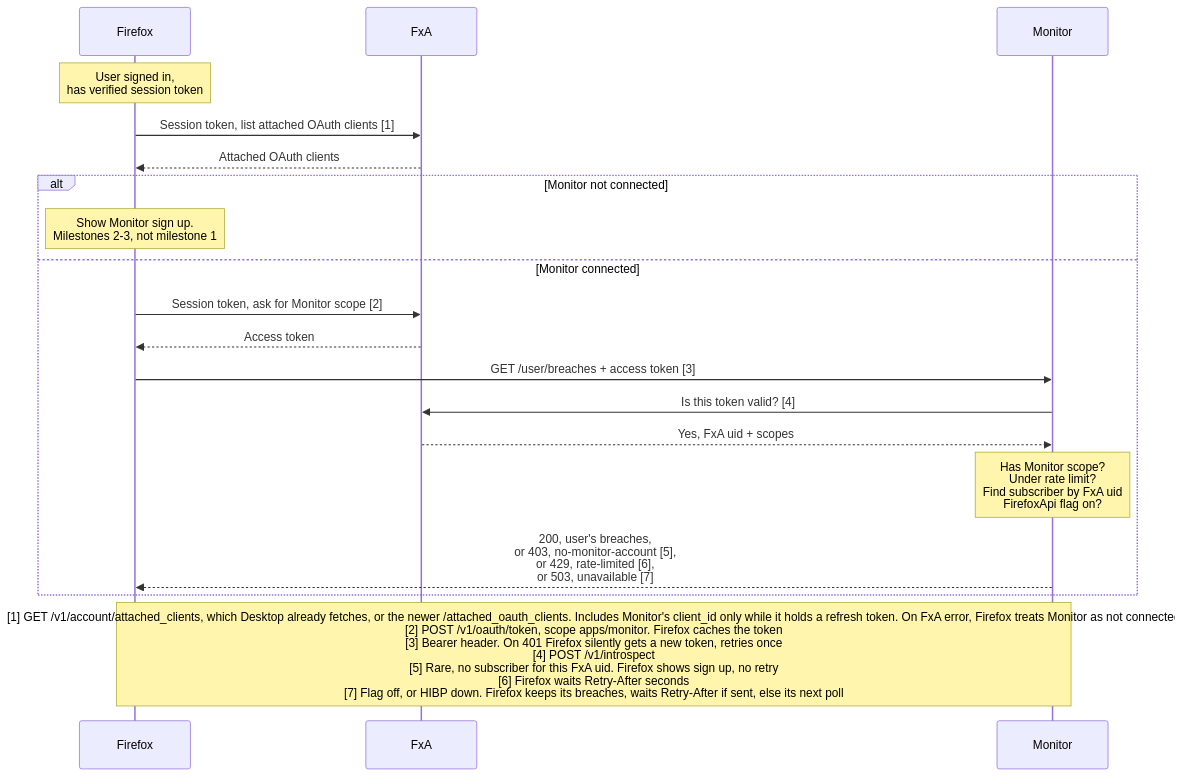
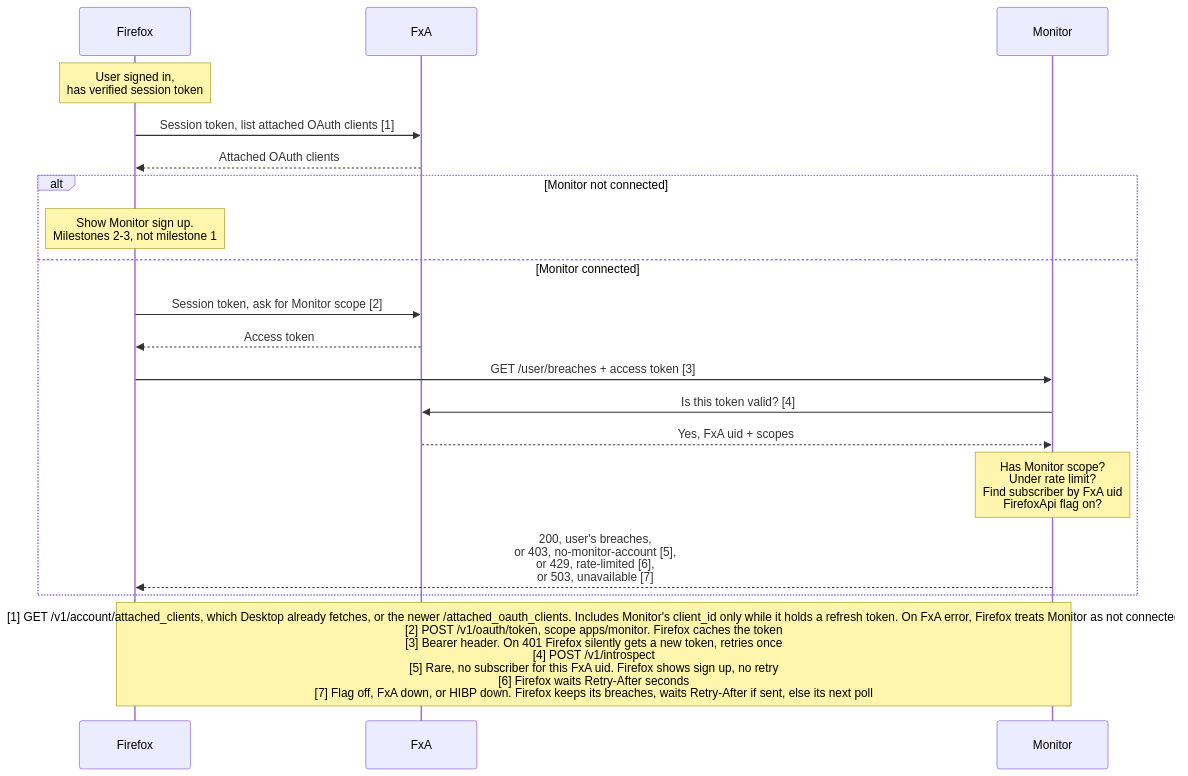
Before and after one commit to mozilla/blurts-server: the diagram in docs/architecture/flows/firefox-api-auth.md, drawn with Mermaid. The commit also changed other lines of this file and 2 other files, not shown here.

First line of the commit message:
fix(fx-api): wait 300s before retrying after FxA fails

````diff
--- a/docs/architecture/flows/firefox-api-auth.md
+++ b/docs/architecture/flows/firefox-api-auth.md
@@ -43,23 +43,23 @@
 ```mermaid
 sequenceDiagram
     participant FE as Firefox
     participant FxA
     participant BE as Monitor
 
     Note over FE: User signed in,<br/>has verified session token
     FE->>FxA: Session token, list attached OAuth clients [1]
     FxA-->>FE: Attached OAuth clients
     alt Monitor not connected
         Note over FE: Show Monitor sign up.<br/>Milestones 2-3, not milestone 1
     else Monitor connected
         FE->>FxA: Session token, ask for Monitor scope [2]
         FxA-->>FE: Access token
         FE->>BE: GET /user/breaches + access token [3]
         BE->>FxA: Is this token valid? [4]
         FxA-->>BE: Yes, FxA uid + scopes
         Note over BE: Has Monitor scope?<br/>Under rate limit?<br/>Find subscriber by FxA uid<br/>FirefoxApi flag on?
         BE-->>FE: 200, user's breaches,<br/>or 403, no-monitor-account [5],<br/>or 429, rate-limited [6],<br/>or 503, unavailable [7]
     end
 
-    Note over FE,BE: [1] GET /v1/account/attached_clients, which Desktop already fetches, or the newer /attached_oauth_clients. Includes Monitor's client_id only while it holds a refresh token. On FxA error, Firefox treats Monitor as not connected<br/>[2] POST /v1/oauth/token, scope apps/monitor. Firefox caches the token<br/>[3] Bearer header. On 401 Firefox silently gets a new token, retries once<br/>[4] POST /v1/introspect<br/>[5] Rare, no subscriber for this FxA uid. Firefox shows sign up, no retry<br/>[6] Firefox waits Retry-After seconds<br/>[7] Flag off, or HIBP down. Firefox keeps its breaches, waits Retry-After if sent, else its next poll
+    Note over FE,BE: [1] GET /v1/account/attached_clients, which Desktop already fetches, or the newer /attached_oauth_clients. Includes Monitor's client_id only while it holds a refresh token. On FxA error, Firefox treats Monitor as not connected<br/>[2] POST /v1/oauth/token, scope apps/monitor. Firefox caches the token<br/>[3] Bearer header. On 401 Firefox silently gets a new token, retries once<br/>[4] POST /v1/introspect<br/>[5] Rare, no subscriber for this FxA uid. Firefox shows sign up, no retry<br/>[6] Firefox waits Retry-After seconds<br/>[7] Flag off, FxA down, or HIBP down. Firefox keeps its breaches, waits Retry-After if sent, else its next poll
 ```
````
